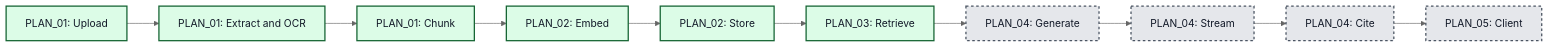
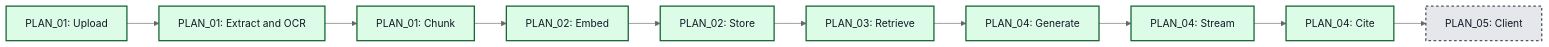
The diagram in prompts/PHASE_01/PHASE_01.md (RyxnDmello/atlas), drawn with Mermaid (neutral theme) before and after one commit. The commit also changed other lines of this file and 13 other files, not shown here.

````diff
--- a/prompts/PHASE_01/PHASE_01.md
+++ b/prompts/PHASE_01/PHASE_01.md
@@ -30,16 +30,16 @@
 ```mermaid
 flowchart LR
     Upload["PLAN_01: Upload"] --> Extract["PLAN_01: Extract and OCR"]
     Extract --> Chunk["PLAN_01: Chunk"]
     Chunk --> Embed["PLAN_02: Embed"]
     Embed --> Store["PLAN_02: Store"]
     Store --> Retrieve["PLAN_03: Retrieve"]
     Retrieve --> Generate["PLAN_04: Generate"]
     Generate --> Stream["PLAN_04: Stream"]
     Stream --> Cite["PLAN_04: Cite"]
     Cite --> Client["PLAN_05: Client"]
     classDef built fill:#dcfce7,stroke:#166534,color:#111827,stroke-width:2px
     classDef pending fill:#e5e7eb,stroke:#4b5563,color:#111827,stroke-width:2px,stroke-dasharray:4
-    class Upload,Extract,Chunk,Embed,Store,Retrieve built
-    class Generate,Stream,Cite,Client pending
+    class Upload,Extract,Chunk,Embed,Store,Retrieve,Generate,Stream,Cite built
+    class Client pending
 ```
````
